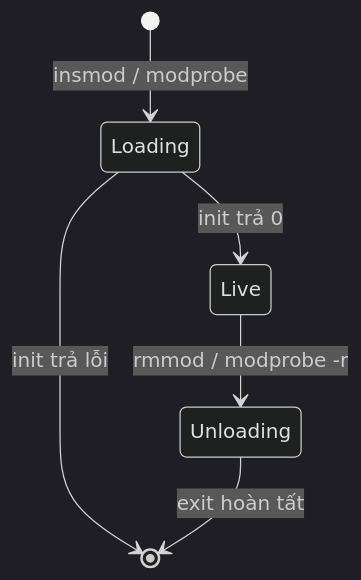
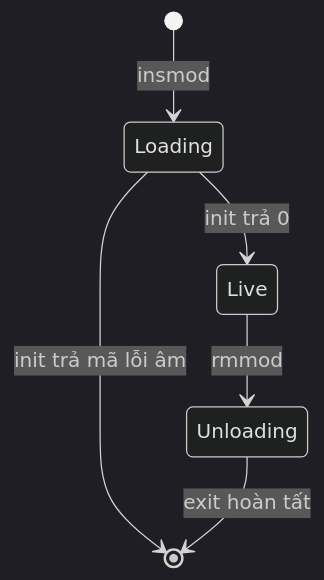
One commit to KhanhVD-1704/week6-kernermodule-devicedrive changed the second of 3 diagrams in built-module/theory/README.md. Above: the diagram before and after it, drawn with Mermaid. The commit also changed other lines of this file and 4 other files, not shown here.

````diff
--- a/built-module/theory/README.md
+++ b/built-module/theory/README.md
@@ -204,9 +112,9 @@
 ```mermaid
 %%{init: {"theme": "dark"}}%%
 stateDiagram-v2
-    [*] --> Loading: insmod / modprobe
+    [*] --> Loading: insmod
     Loading --> Live: init trả 0
-    Loading --> [*]: init trả lỗi
-    Live --> Unloading: rmmod / modprobe -r
+    Loading --> [*]: init trả mã lỗi âm
+    Live --> Unloading: rmmod
     Unloading --> [*]: exit hoàn tất
 ```
````
